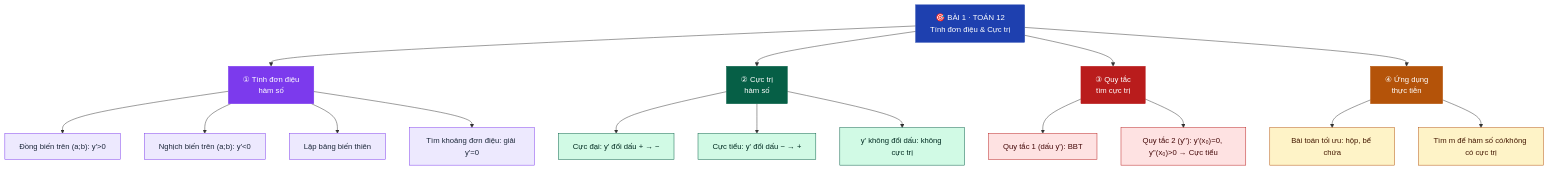
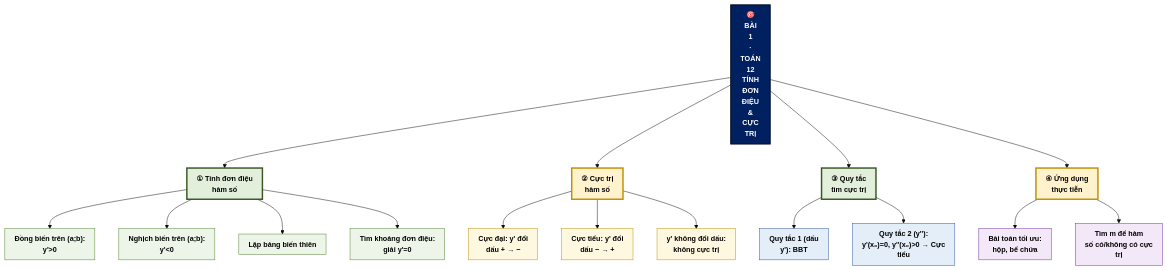
Before and after one commit to Trangtu66/Taode_thi_online: diagram 19 of 30 in README.md, drawn with Mermaid. The commit also changed other lines of this file and 299 other files, not shown here.

````diff
--- a/README.md
+++ b/README.md
@@ -731,33 +801,36 @@
 ```mermaid
+%%{init: {"theme": "base", "htmlLabels": true, "flowchart": {"htmlLabels": true, "padding": 10, "curve": "basis"}, "themeVariables": {"fontSize": "15px"}}}%%
 graph TD
-    G["🎯 BÀI 1 · TOÁN 12<br/>Tính đơn điệu & Cực trị"]:::root
+    G["🎯<BR/>BÀI<BR/>1<BR/>·<BR/>TOÁN<BR/>12<BR/>TÍNH<BR/>ĐƠN<BR/>ĐIỆU<BR/>&<BR/>CỰC<BR/>TRỊ"]:::root
     G --> A["① Tính đơn điệu<br/>hàm số"]:::n1
     G --> B["② Cực trị<br/>hàm số"]:::n2
     G --> C["③ Quy tắc<br/>tìm cực trị"]:::n3
     G --> D["④ Ứng dụng<br/>thực tiễn"]:::n4
 
-    A --> A1["Đồng biến trên (a;b): y'>0"]:::l1
-    A --> A2["Nghịch biến trên (a;b): y'<0"]:::l1
+    A --> A1["Đồng biến trên (a;b):<br/>y'>0"]:::l1
+    A --> A2["Nghịch biến trên (a;b):<br/>y'<0"]:::l1
     A --> A3["Lập bảng biến thiên"]:::l1
-    A --> A4["Tìm khoảng đơn điệu: giải y'=0"]:::l1
+    A --> A4["Tìm khoảng đơn điệu:<br/>giải y'=0"]:::l1
 
-    B --> B1["Cực đại: y' đổi dấu + → −"]:::l2
-    B --> B2["Cực tiểu: y' đổi dấu − → +"]:::l2
-    B --> B3["y' không đổi dấu: không cực trị"]:::l2
+    B --> B1["Cực đại: y' đổi<br/>dấu + → −"]:::l2
+    B --> B2["Cực tiểu: y' đổi<br/>dấu − → +"]:::l2
+    B --> B3["y' không đổi dấu:<br/>không cực trị"]:::l2
 
-    C --> C1["Quy tắc 1 (dấu y'): BBT"]:::l3
-    C --> C2["Quy tắc 2 (y''): y'(x₀)=0, y''(x₀)>0 → Cực tiểu"]:::l3
+    C --> C1["Quy tắc 1 (dấu<br/>y'): BBT"]:::l3
+    C --> C2["Quy tắc 2 (y''):<br/>y'(x₀)=0, y''(x₀)>0 → Cực<br/>tiểu"]:::l3
 
-    D --> D1["Bài toán tối ưu: hộp, bể chứa"]:::l4
-    D --> D2["Tìm m để hàm số có/không có cực trị"]:::l4
+    D --> D1["Bài toán tối ưu:<br/>hộp, bể chứa"]:::l4
+    D --> D2["Tìm m để hàm<br/>số có/không có cực<br/>trị"]:::l4
 
-    classDef root fill:#1E40AF,color:#fff,stroke:#1E40AF
-    classDef n1 fill:#7C3AED,color:#fff,stroke:#7C3AED
-    classDef n2 fill:#065F46,color:#fff,stroke:#065F46
-    classDef n3 fill:#B91C1C,color:#fff,stroke:#B91C1C
-    classDef n4 fill:#B45309,color:#fff,stroke:#B45309
-    classDef l1 fill:#EDE9FE,color:#1E293B,stroke:#7C3AED
-    classDef l2 fill:#D1FAE5,color:#022c22,stroke:#065F46
-    classDef l3 fill:#FEE2E2,color:#450a0a,stroke:#B91C1C
-    classDef l4 fill:#FEF3C7,color:#451a03,stroke:#B45309
+    classDef root fill:#002060,color:#FFFFFF,stroke:#000B1E,stroke-width:2px,font-weight:bold
+    classDef n1 fill:#E2EFDA,color:#000000,stroke:#375623,stroke-width:3px,font-weight:bold
+    classDef n2 fill:#FFF2CC,color:#000000,stroke:#BF8F00,stroke-width:3px,font-weight:bold
+    classDef n3 fill:#E2EFDA,color:#000000,stroke:#375623,stroke-width:3px,font-weight:bold
+    classDef n4 fill:#FFF2CC,color:#000000,stroke:#BF8F00,stroke-width:3px,font-weight:bold
+    classDef n5 fill:#E2EFDA,color:#000000,stroke:#375623,stroke-width:3px,font-weight:bold
+    classDef l1 fill:#EDF5E8,color:#000000,stroke:#548235
+    classDef l2 fill:#FFF8E1,color:#000000,stroke:#BF8F00
+    classDef l3 fill:#E3EEF9,color:#000000,stroke:#2F5597
+    classDef l4 fill:#F3E8F7,color:#000000,stroke:#7030A0
+    classDef l5 fill:#FDE9E1,color:#000000,stroke:#C55A11
 ```
````
